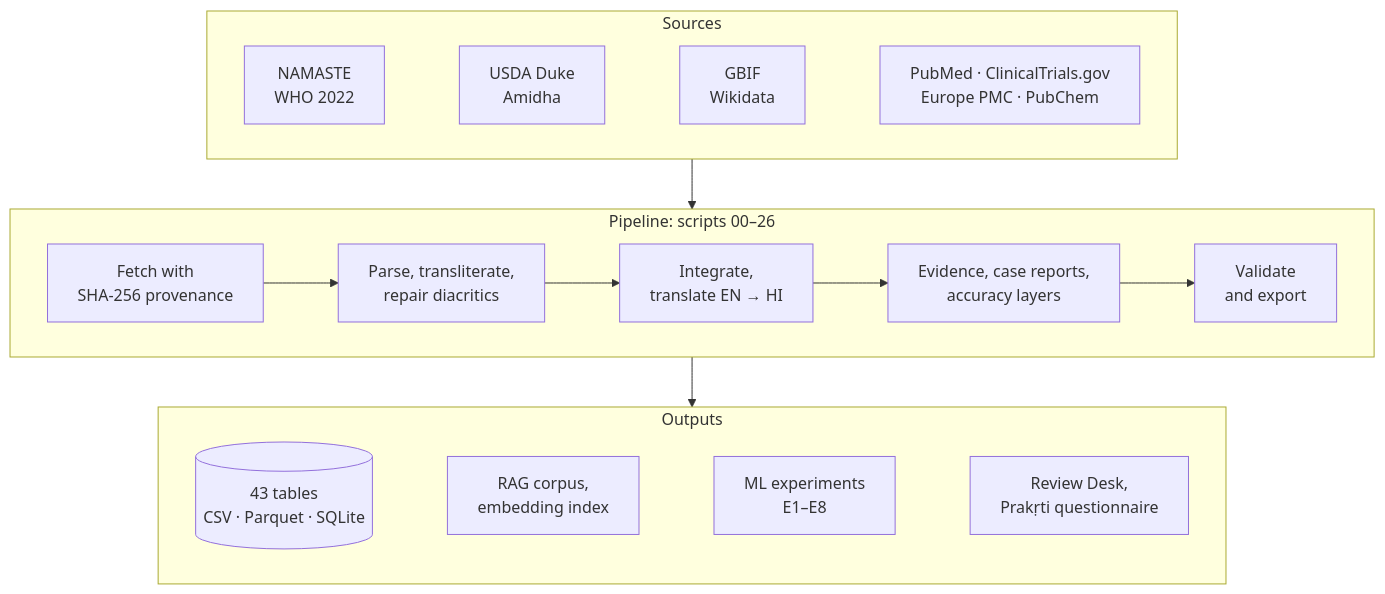
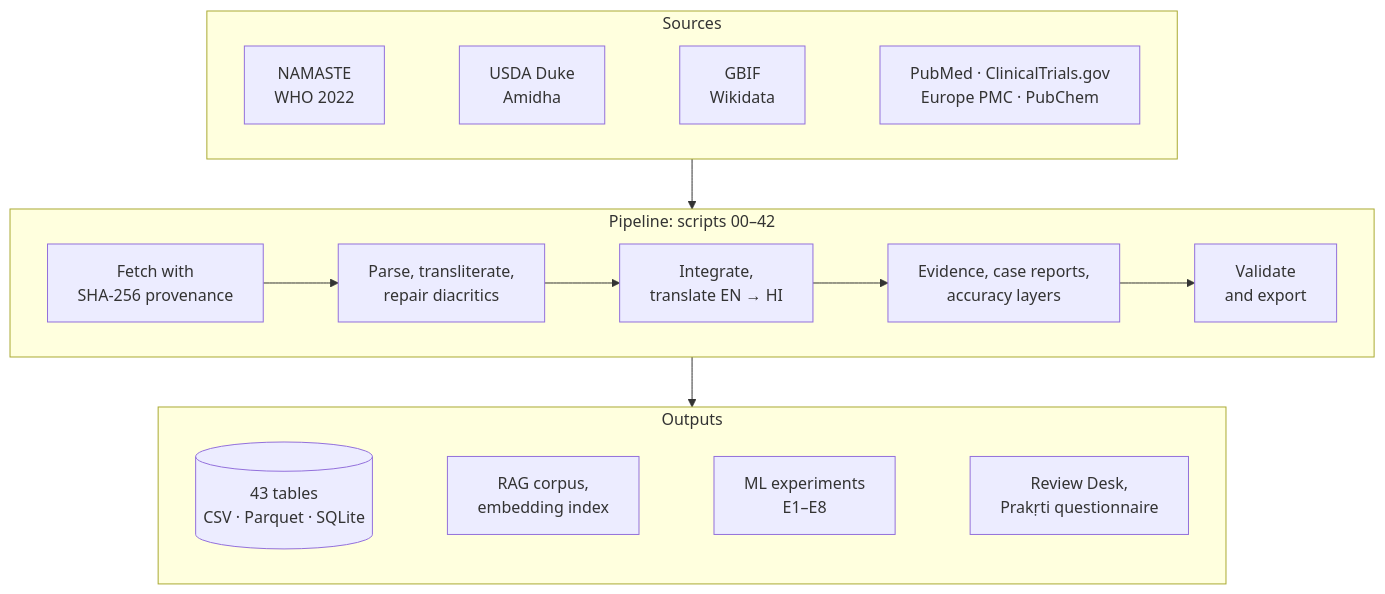
Before and after one commit to IAbdullahSlash/Ayurveda-dataset: the diagram in README.md, drawn with Mermaid. The commit also changed other lines of this file and 7 other files, not shown here.

````diff
--- a/README.md
+++ b/README.md
@@ -208,16 +208,16 @@
 ```mermaid
 flowchart TB
     subgraph SRC["Sources"]
         direction LR
         S1["NAMASTE<br/>WHO 2022"] ~~~ S2["USDA Duke<br/>Amidha"] ~~~ S3["GBIF<br/>Wikidata"] ~~~ S4["PubMed · ClinicalTrials.gov<br/>Europe PMC · PubChem"]
     end
-    subgraph PIPE["Pipeline: scripts 00–26"]
+    subgraph PIPE["Pipeline: scripts 00–42"]
         direction LR
         P1["Fetch with<br/>SHA-256 provenance"] --> P2["Parse, transliterate,<br/>repair diacritics"] --> P3["Integrate,<br/>translate EN → HI"] --> P4["Evidence, case reports,<br/>accuracy layers"] --> P5["Validate<br/>and export"]
     end
     subgraph OUT["Outputs"]
         direction LR
         O1[("43 tables<br/>CSV · Parquet · SQLite")] ~~~ O2["RAG corpus,<br/>embedding index"] ~~~ O3["ML experiments<br/>E1–E8"] ~~~ O4["Review Desk,<br/>Prakṛti questionnaire"]
     end
     SRC --> PIPE --> OUT
 ```
````
